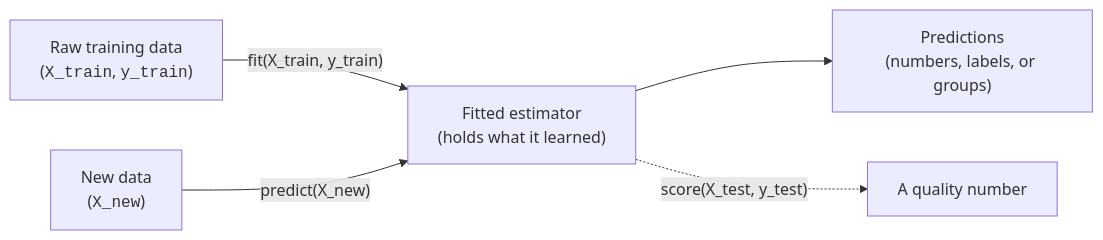
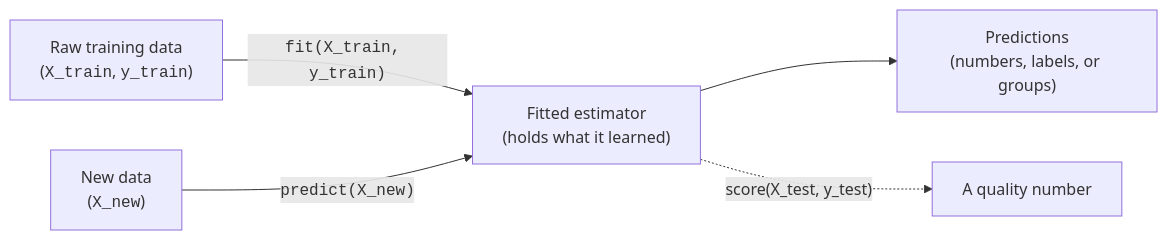
The diagram in content/learn/machine-learning-scikit-learn/the-scikit-learn-api.mdx (dataslope/dataslope), drawn with Mermaid before and after one commit. The commit also changed 46 other files, not shown here.

First line of the commit message:
Wrap code in mermaid edge labels + entity/table names in DB diagrams

````diff
--- a/content/learn/machine-learning-scikit-learn/the-scikit-learn-api.mdx
+++ b/content/learn/machine-learning-scikit-learn/the-scikit-learn-api.mdx
@@ -52,7 +52,7 @@
 ```mermaid
 flowchart LR
-    A["Raw training data<br/>(<code>X_train</code>, <code>y_train</code>)"] -->|"fit(X_train, y_train)"| B["Fitted estimator<br/>(holds what it learned)"]
-    C["New data<br/>(<code>X_new</code>)"] -->|"predict(X_new)"| B
+    A["Raw training data<br/>(<code>X_train</code>, <code>y_train</code>)"] -->|"<code>fit(X_train, y_train)</code>"| B["Fitted estimator<br/>(holds what it learned)"]
+    C["New data<br/>(<code>X_new</code>)"] -->|"<code>predict(X_new)</code>"| B
     B --> D["Predictions<br/>(numbers, labels, or groups)"]
     B -. "score(X_test, y_test)" .-> E["A quality number"]
 ```
````
